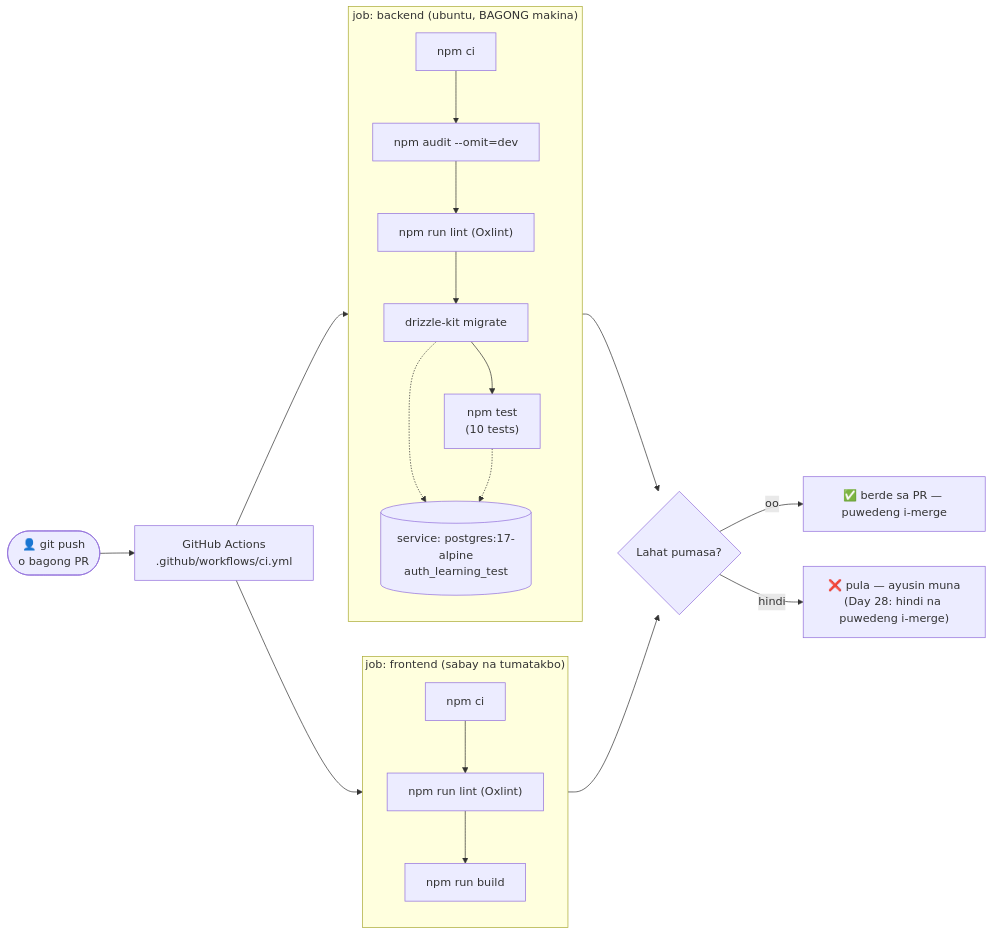
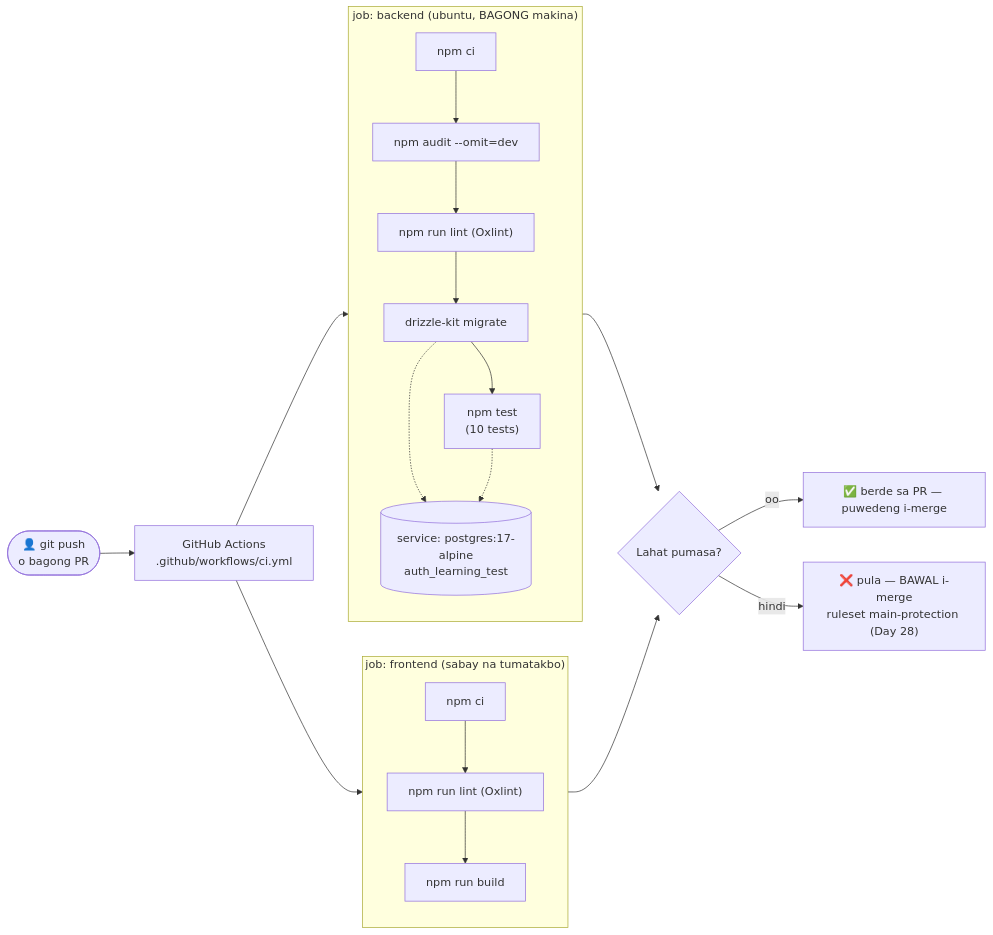
One commit to nelson1869-ai/auth-learning changed the diagram in docs/diagrams/08-ci-pipeline.md. Above: the diagram before and after it, drawn with Mermaid. The commit also changed other lines of this file and 2 other files, not shown here.

Commit message:
docs: day 28 branch protection proof, phase 6 checkpoint note

````diff
--- a/docs/diagrams/08-ci-pipeline.md
+++ b/docs/diagrams/08-ci-pipeline.md
@@ -8,21 +8,21 @@
 ```mermaid
 flowchart LR
     Dev(["👤 git push<br/>o bagong PR"]) --> GH["GitHub Actions<br/>.github/workflows/ci.yml"]
     GH --> BE
     GH --> FE
     subgraph BE["job: backend (ubuntu, BAGONG makina)"]
         direction TB
         PG[("service: postgres:17-alpine<br/>auth_learning_test")]
         B1["npm ci"] --> B2["npm audit --omit=dev"] --> B3["npm run lint (Oxlint)"] --> B4["drizzle-kit migrate"] --> B5["npm test<br/>(10 tests)"]
         B4 -.-> PG
         B5 -.-> PG
     end
     subgraph FE["job: frontend (sabay na tumatakbo)"]
         direction TB
         F1["npm ci"] --> F2["npm run lint (Oxlint)"] --> F3["npm run build"]
     end
     BE --> R{"Lahat pumasa?"}
     FE --> R
     R -->|"oo"| OK["✅ berde sa PR — puwedeng i-merge"]
-    R -->|"hindi"| NO["❌ pula — ayusin muna<br/>(Day 28: hindi na puwedeng i-merge)"]
+    R -->|"hindi"| NO["❌ pula — BAWAL i-merge<br/>ruleset main-protection (Day 28)"]
 ```
````
